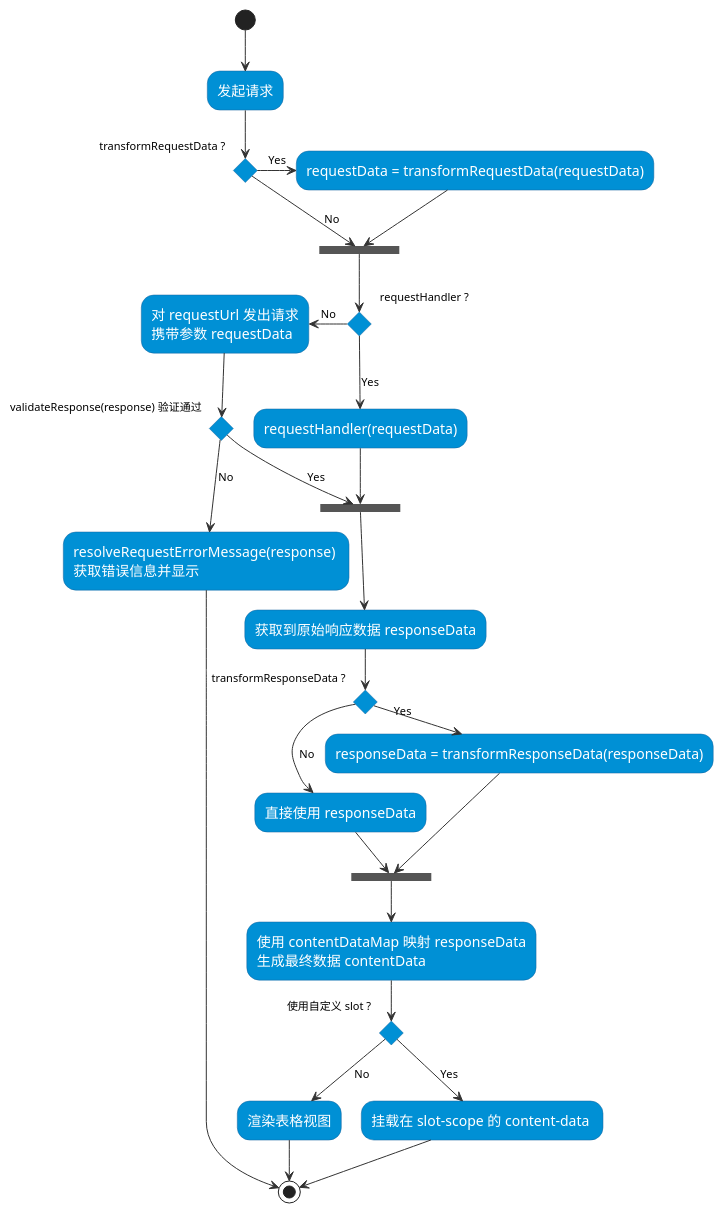
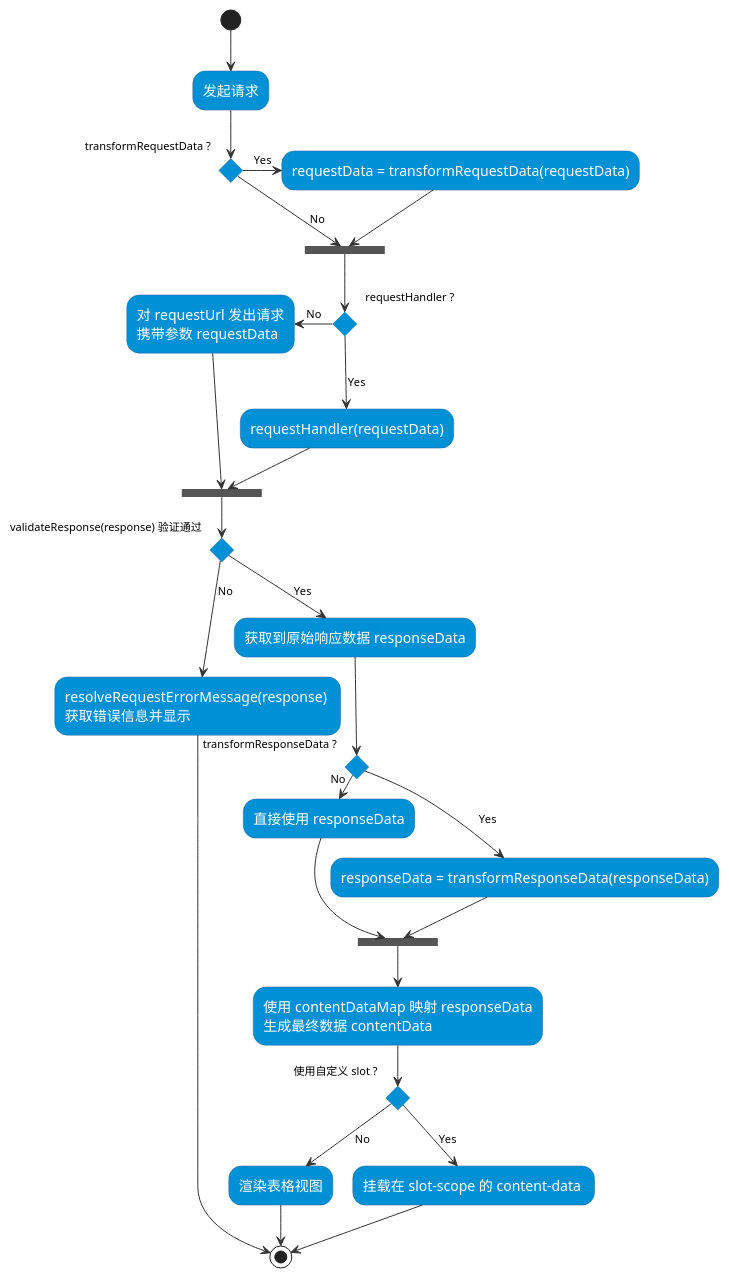
Before and after one commit to laomao800/vue-listview: the diagram in docs/dev/request-flow.puml, drawn with PlantUML. The commit also changed 1 other file, not shown here.

Commit message:
docs: 更新 request 流程图

```diff
--- a/docs/dev/request-flow.puml
+++ b/docs/dev/request-flow.puml
@@ -1,53 +1,53 @@
 @startuml request-flow
 
 skinparam activity {
   roundCorner 15
   FontColor          #fff
   FontSize           14
   BackgroundColor    #0090D5
   BorderColor        #14639c
   ArrowColor         #333
 }
 
 (*) --> "发起请求"
 
 if "transformRequestData ?" then
   -right->[Yes] "requestData = transformRequestData(requestData)"
   --> ===TRANSREQ===
 else
   -->[No] ===TRANSREQ===
 endif
 
 if "requestHandler ?" then
   -left->[No] "对 requestUrl 发出请求\n携带参数 requestData"
-  if "validateResponse(response) 验证通过"
-    -->[Yes] ===RESPONSE===
-  else
-    -->[No] "resolveRequestErrorMessage(response) \n获取错误信息并显示"
-    -->(*)
-  endif
+  --> ===RESPONSE===
 else
   -->[Yes] "requestHandler(requestData)"
   --> ===RESPONSE===
 endif
 
---> "获取到原始响应数据 responseData"
-
-if "transformResponseData ?" then
-  -->[No] "直接使用 responseData"
-  --> ===TRANS_RES===
+if "validateResponse(response) 验证通过"
+  -->[No] "resolveRequestErrorMessage(response) \n获取错误信息并显示"
+  -->(*)
 else
-  -right->[Yes] "responseData = transformResponseData(responseData)"
-  --> ===TRANS_RES===
+  -->[Yes] "获取到原始响应数据 responseData"
+  if "transformResponseData ?" then
+    -right->[No] "直接使用 responseData"
+    --> ===TRANS_RES===
+  else
+    -->[Yes] "responseData = transformResponseData(responseData)"
+    --> ===TRANS_RES===
+  endif
 endif
 
 --> "使用 contentDataMap 映射 responseData\n生成最终数据 contentData"
 
 if "使用自定义 slot ?" then
+  -->[No] "渲染表格视图"
+  -->(*)
+else
   -->[Yes] "挂载在 slot-scope 的 content-data "
--->(*)
-else
-  -->[No] "渲染表格视图"
--->(*)
+  -->(*)
 endif
+
 @enduml
```
